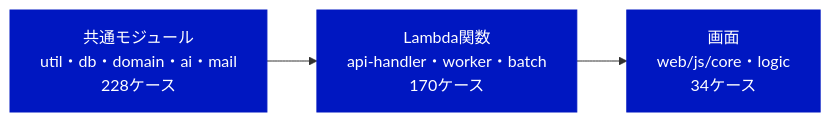
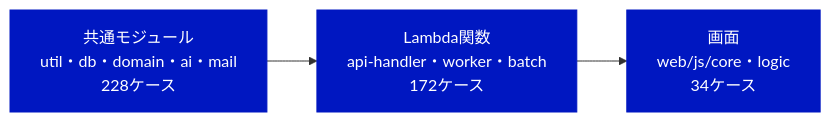
The first of 3 diagrams in documents/モジュールテスト結果報告書_RPG学習アプリ.md (pocarialice/rpglearning), drawn with Mermaid before and after one commit. The commit also changed other lines of this file and 1 other file, not shown here.

````diff
--- a/documents/モジュールテスト結果報告書_RPG学習アプリ.md
+++ b/documents/モジュールテスト結果報告書_RPG学習アプリ.md
@@ -23,7 +23,7 @@
 ```mermaid
 flowchart LR
-  A["共通モジュール<br>util・db・domain・ai・mail<br>228ケース"]:::done --> B["Lambda関数<br>api-handler・worker・batch<br>170ケース"]:::done
+  A["共通モジュール<br>util・db・domain・ai・mail<br>228ケース"]:::done --> B["Lambda関数<br>api-handler・worker・batch<br>172ケース"]:::done
   B --> C["画面<br>web/js/core・logic<br>34ケース"]:::done
   classDef done fill:#0017C1,color:#fff,stroke:#0017C1
   classDef todo fill:#fff,color:#414141,stroke:#B4B4B4,stroke-dasharray:4 3
 ```
````
